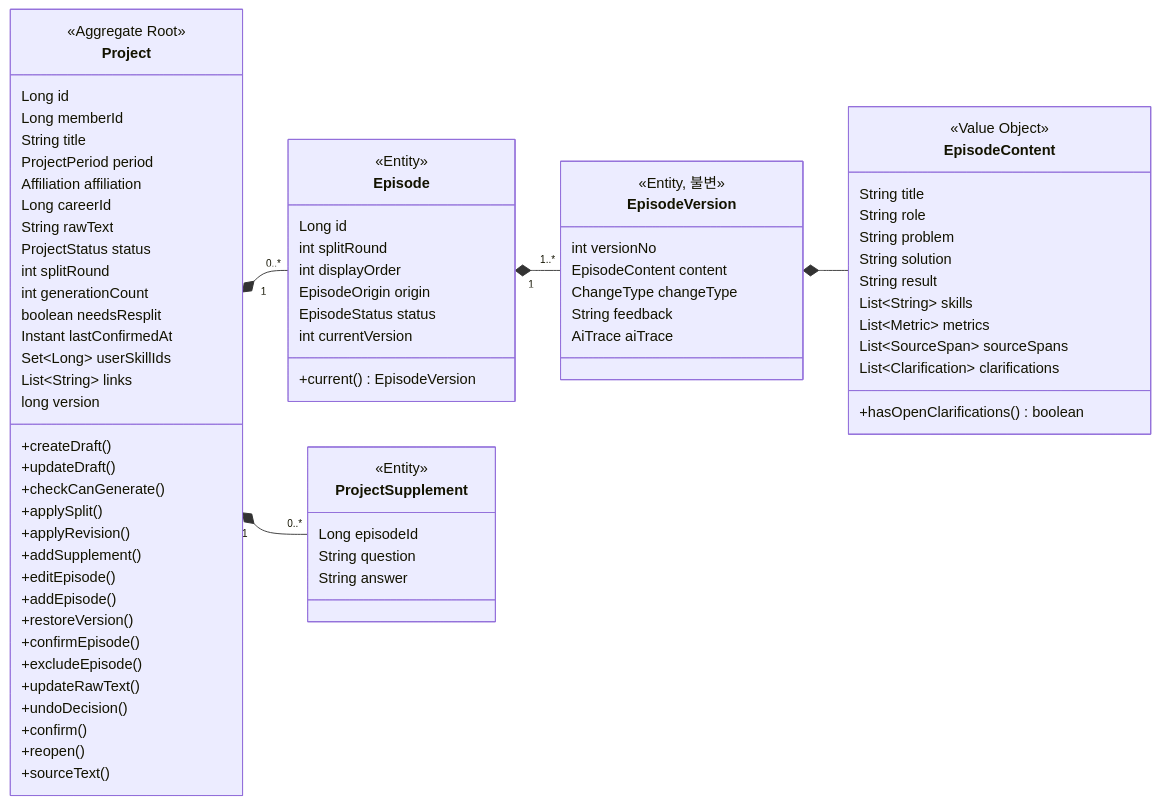
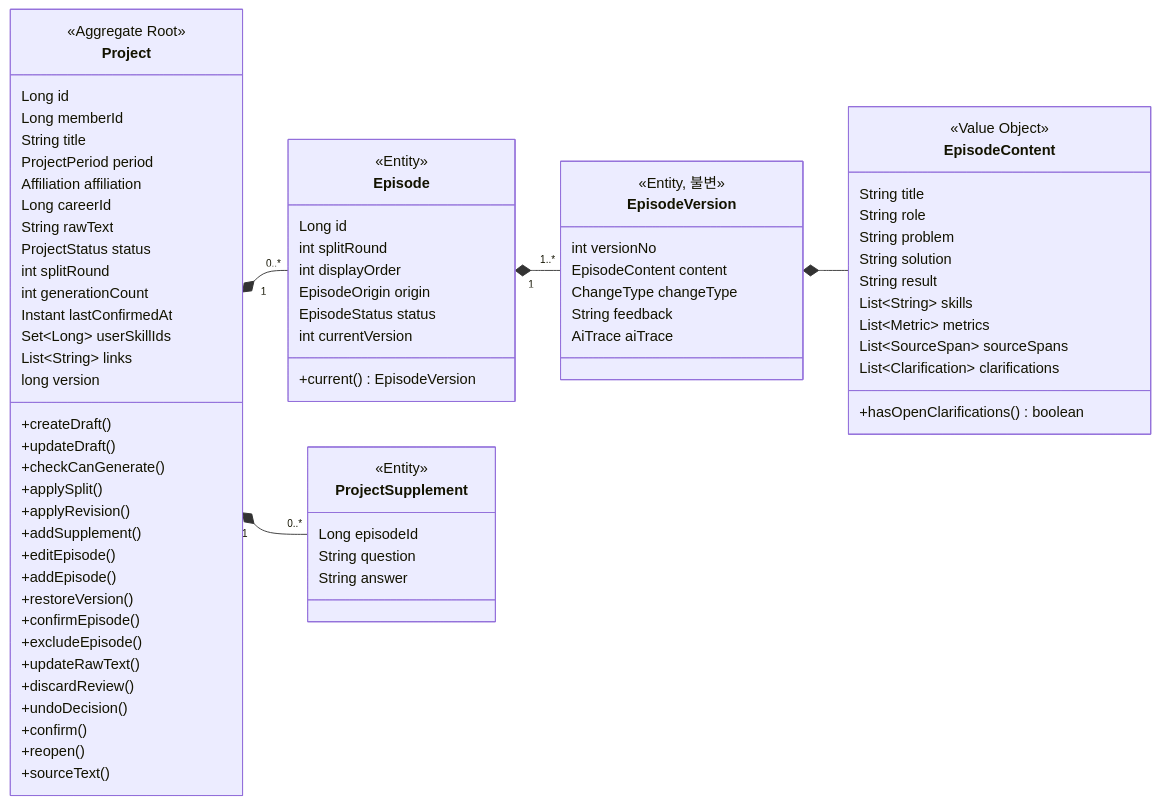
Before and after one commit to nerd-nam/BE-nerdnam: the first of 4 diagrams in docs/02-도메인-모델.md, drawn with Mermaid. The commit also changed other lines of this file and 4 other files, not shown here.

````diff
--- a/docs/02-도메인-모델.md
+++ b/docs/02-도메인-모델.md
@@ -66,79 +66,79 @@
 ```mermaid
 classDiagram
     direction LR
     class Project {
         <<Aggregate Root>>
         Long id
         Long memberId
         String title
         ProjectPeriod period
         Affiliation affiliation
         Long careerId
         String rawText
         ProjectStatus status
         int splitRound
         int generationCount
-        boolean needsResplit
         Instant lastConfirmedAt
         Set~Long~ userSkillIds
         List~String~ links
         long version
         +createDraft()
         +updateDraft()
         +checkCanGenerate()
         +applySplit()
         +applyRevision()
         +addSupplement()
         +editEpisode()
         +addEpisode()
         +restoreVersion()
         +confirmEpisode()
         +excludeEpisode()
         +updateRawText()
+        +discardReview()
         +undoDecision()
         +confirm()
         +reopen()
         +sourceText()
     }
     class Episode {
         <<Entity>>
         Long id
         int splitRound
         int displayOrder
         EpisodeOrigin origin
         EpisodeStatus status
         int currentVersion
         +current() EpisodeVersion
     }
     class EpisodeVersion {
         <<Entity, 불변>>
         int versionNo
         EpisodeContent content
         ChangeType changeType
         String feedback
         AiTrace aiTrace
     }
     class EpisodeContent {
         <<Value Object>>
         String title
         String role
         String problem
         String solution
         String result
         List~String~ skills
         List~Metric~ metrics
         List~SourceSpan~ sourceSpans
         List~Clarification~ clarifications
         +hasOpenClarifications() boolean
     }
     class ProjectSupplement {
         <<Entity>>
         Long episodeId
         String question
         String answer
     }
     Project "1" *-- "0..*" Episode
     Project "1" *-- "0..*" ProjectSupplement
     Episode "1" *-- "1..*" EpisodeVersion
     EpisodeVersion *-- EpisodeContent
 ```
````
